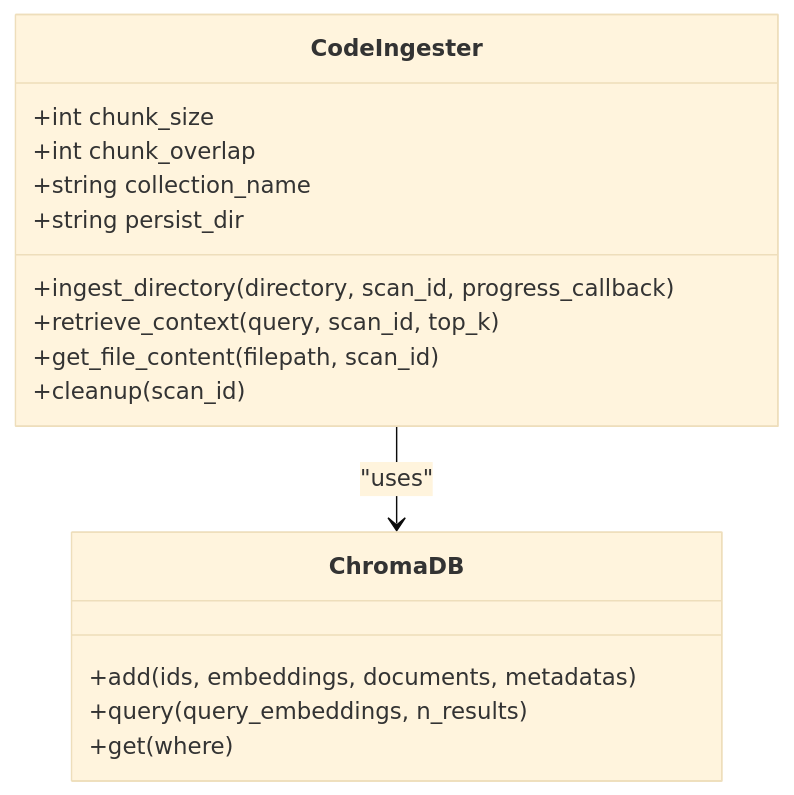
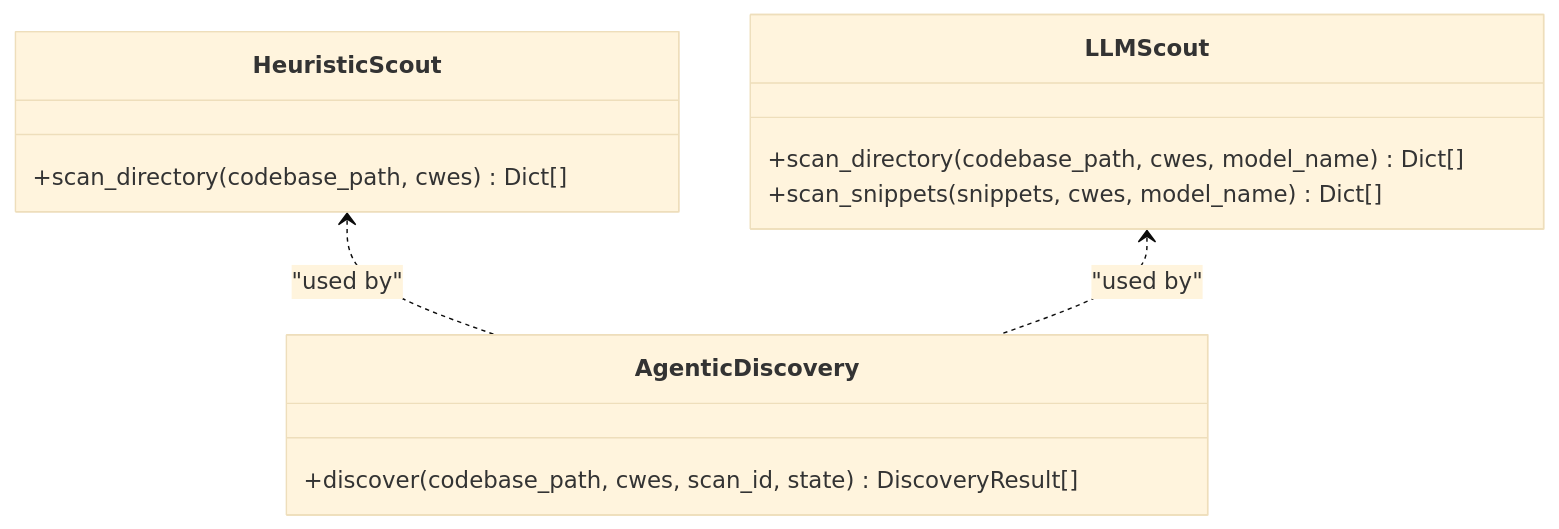
One commit to keysight-anya/AutoPoV changed the fourth of 6 diagrams in .qoder/repowiki/en/content/Agent System/Agent System.md. Above: the diagram before and after it, drawn with Mermaid (base theme). The commit also changed other lines of this file and 150 other files, not shown here.

````diff
--- a/.qoder/repowiki/en/content/Agent System/Agent System.md
+++ b/.qoder/repowiki/en/content/Agent System/Agent System.md
@@ -275,19 +206,15 @@
 ```mermaid
 classDiagram
-class CodeIngester {
-+int chunk_size
-+int chunk_overlap
-+string collection_name
-+string persist_dir
-+ingest_directory(directory, scan_id, progress_callback)
-+retrieve_context(query, scan_id, top_k)
-+get_file_content(filepath, scan_id)
-+cleanup(scan_id)
+class HeuristicScout {
++scan_directory(codebase_path, cwes) Dict[]
 }
-class ChromaDB {
-+add(ids, embeddings, documents, metadatas)
-+query(query_embeddings, n_results)
-+get(where)
+class LLMScout {
++scan_directory(codebase_path, cwes, model_name) Dict[]
++scan_snippets(snippets, cwes, model_name) Dict[]
 }
-CodeIngester --> ChromaDB : "uses"
+class AgenticDiscovery {
++discover(codebase_path, cwes, scan_id, state) DiscoveryResult[]
+}
+HeuristicScout <.. AgenticDiscovery : "used by"
+LLMScout <.. AgenticDiscovery : "used by"
 ```
````
